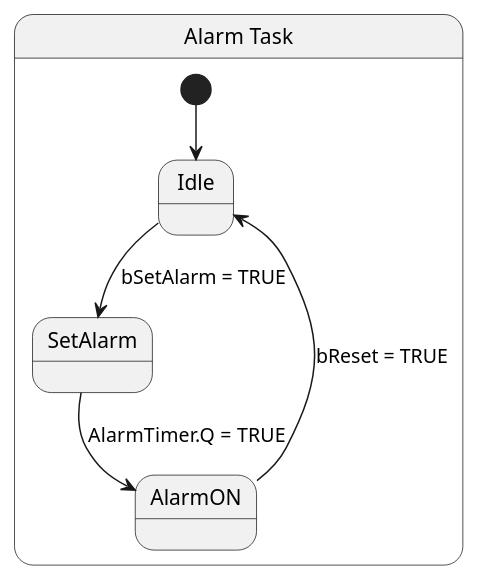
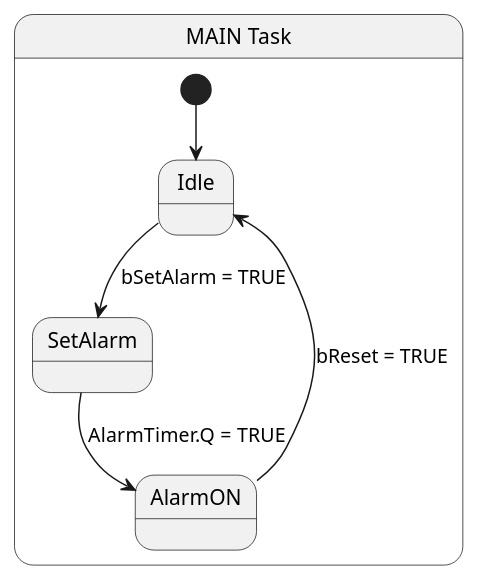
Before and after one commit to MilanOudeNijeweme/Individual-Assignment-MilanON: the diagram in Alarm_State_Diagram.puml, drawn with PlantUML. The commit also changed 3 other files, not shown here.

Commit message:
Improved the diagrams

```diff
--- a/Alarm_State_Diagram.puml
+++ b/Alarm_State_Diagram.puml
@@ -1,9 +1,9 @@
-@startuml Alarm State Diagram
-state "Alarm Task" as AlarmTask {
+@startuml Alarm State Diagram (MAIN)
+state "MAIN Task" as AlarmTask {
     [*] --> Idle
     Idle --> SetAlarm : bSetAlarm = TRUE
     SetAlarm --> AlarmON : AlarmTimer.Q = TRUE
     AlarmON --> Idle : bReset = TRUE
 }
 
 @enduml
```
